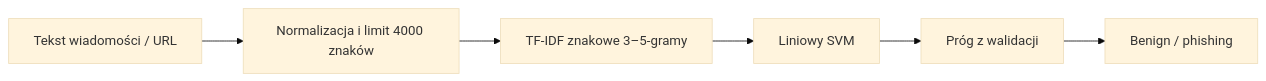
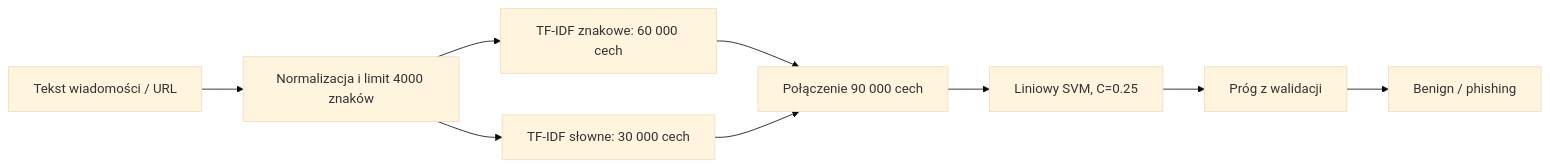
One commit to nikpan1/phishing-detector changed the diagram in README.md. Above: the diagram before and after it, drawn with Mermaid (base theme). The commit also changed other lines of this file and 17 other files, not shown here.

````diff
--- a/README.md
+++ b/README.md
@@ -43,8 +49,11 @@
 ```mermaid
 flowchart LR
     A["Tekst wiadomości / URL"] --> B["Normalizacja i limit 4000 znaków"]
-    B --> C["TF-IDF znakowe 3–5-gramy"]
-    C --> D["Liniowy SVM"]
+    B --> C["TF-IDF znakowe: 60 000 cech"]
+    B --> W["TF-IDF słowne: 30 000 cech"]
+    C --> U["Połączenie 90 000 cech"]
+    W --> U
+    U --> D["Liniowy SVM, C=0.25"]
     D --> E["Próg z walidacji"]
     E --> F["Benign / phishing"]
 ```
````
